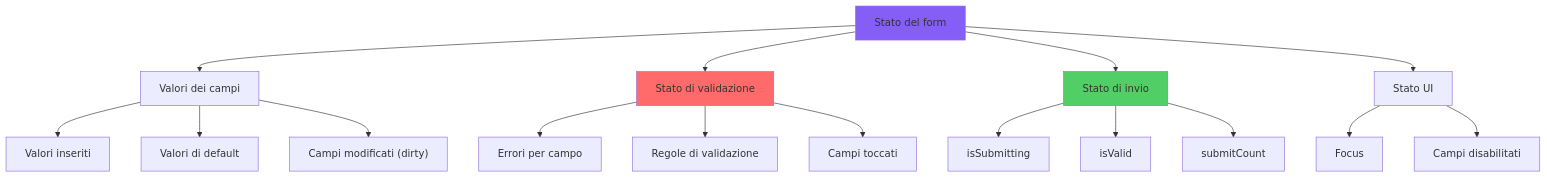
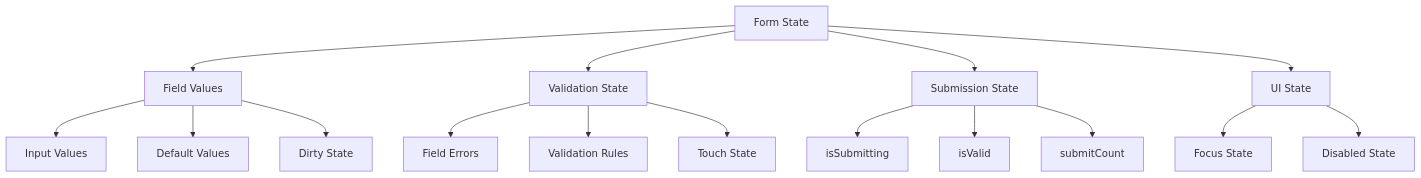
One commit to BabaScience/react-guides changed the first of 5 diagrams in arguments/chapters/it/08-forms-and-validations.md. Above: the diagram before and after it, drawn with Mermaid. The commit also changed other lines of this file and 29 other files, not shown here.

First line of the commit message:
Bring React FR/IT translations to full English parity + theme-safe diagrams

````diff
--- a/arguments/chapters/it/08-forms-and-validations.md
+++ b/arguments/chapters/it/08-forms-and-validations.md
@@ -13,26 +26,23 @@
 ```mermaid
 graph TD
-    A["Stato del form"] --> B["Valori dei campi"]
-    A --> C["Stato di validazione"]
-    A --> D["Stato di invio"]
-    A --> E["Stato UI"]
-
-    B --> B1["Valori inseriti"]
-    B --> B2["Valori di default"]
-    B --> B3["Campi modificati (dirty)"]
-
-    C --> C1["Errori per campo"]
-    C --> C2["Regole di validazione"]
-    C --> C3["Campi toccati"]
-
-    D --> D1["isSubmitting"]
-    D --> D2["isValid"]
-    D --> D3["submitCount"]
-
-    E --> E1["Focus"]
-    E --> E2["Campi disabilitati"]
-
-    style A fill:#845ef7
-    style C fill:#ff6b6b
-    style D fill:#51cf66
+    A[Form State] --> B[Field Values]
+    A --> C[Validation State]
+    A --> D[Submission State]
+    A --> E[UI State]
+    
+    B --> B1[Input Values]
+    B --> B2[Default Values]
+    B --> B3[Dirty State]
+    
+    C --> C1[Field Errors]
+    C --> C2[Validation Rules]
+    C --> C3[Touch State]
+    
+    D --> D1[isSubmitting]
+    D --> D2[isValid]
+    D --> D3[submitCount]
+    
+    E --> E1[Focus State]
+    E --> E2[Disabled State]
+    
 ```
````
